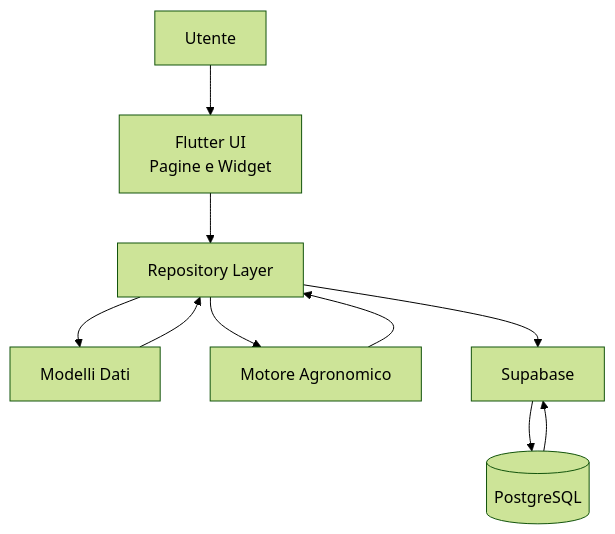
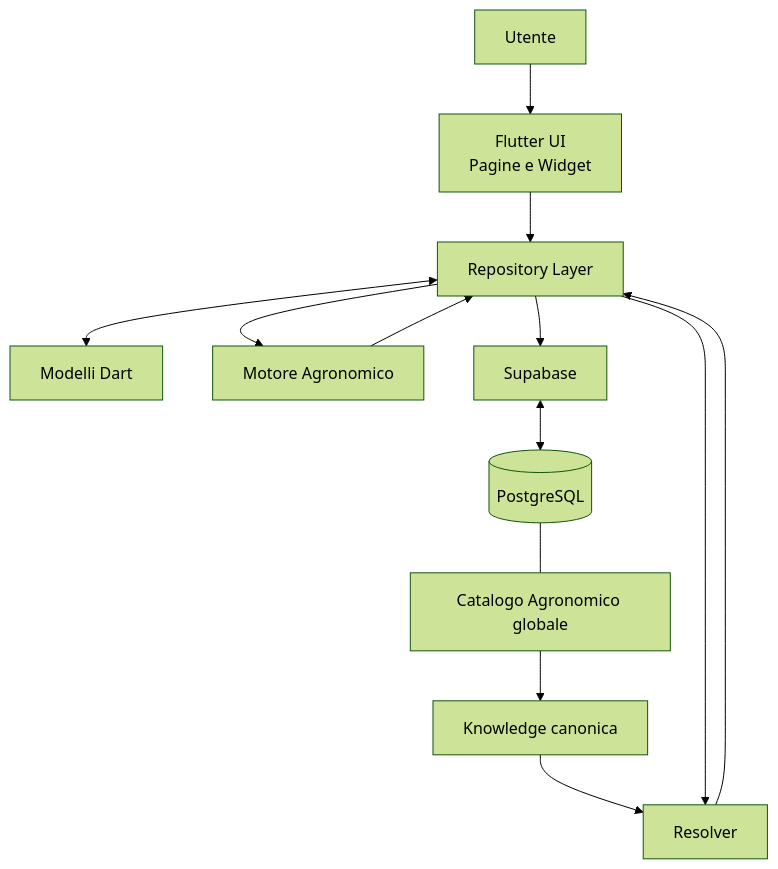
Before and after one commit to ortosmart/orto-smart: the diagram in orto_app/docs/manuali/DOC-001_Manuale_Tecnico.md, drawn with Mermaid (forest theme). The commit also changed other lines of this file, not shown here.

````diff
--- a/orto_app/docs/manuali/DOC-001_Manuale_Tecnico.md
+++ b/orto_app/docs/manuali/DOC-001_Manuale_Tecnico.md
@@ -309,30 +380,30 @@
 ```mermaid
 flowchart TD
-
     U[Utente]
-
     UI[Flutter UI<br/>Pagine e Widget]
-
     REPO[Repository Layer]
-
-    MODEL[Modelli Dati]
-
+    MODEL[Modelli Dart]
     ENGINE[Motore Agronomico]
-
     SUPA[Supabase]
-
     DB[(PostgreSQL)]
+    CAT[Catalogo Agronomico globale]
+    KNOW[Knowledge canonica]
+    RES[Resolver]
 
     U --> UI
     UI --> REPO
 
-    REPO --> MODEL
-    MODEL --> REPO
+    REPO <--> MODEL
+    REPO --> SUPA
+    SUPA <--> DB
 
-    REPO --> SUPA
-    SUPA --> DB
-    DB --> SUPA
+    DB --- CAT
+    CAT --> KNOW
+    KNOW --> RES
 
     REPO --> ENGINE
     ENGINE --> REPO
+
+    REPO --> RES
+    RES --> REPO
 ```
````
